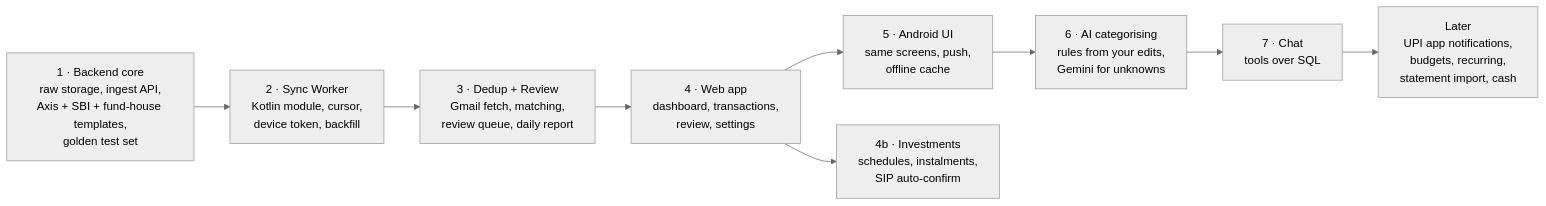
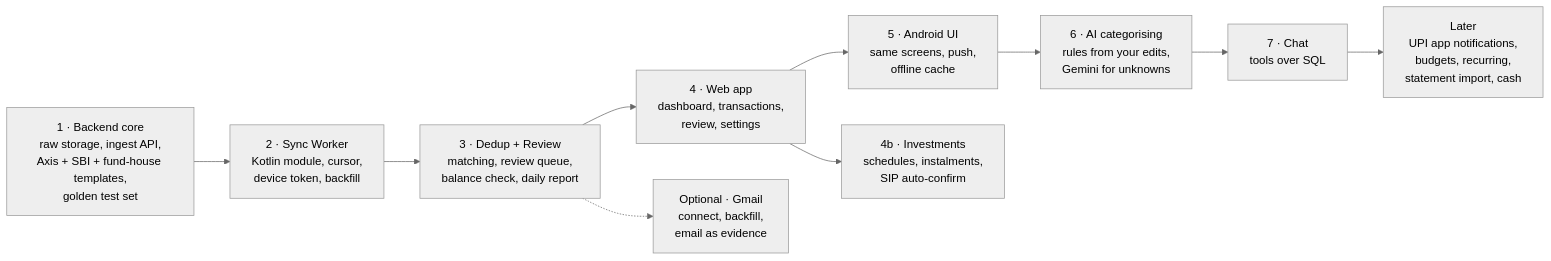
Before and after one commit to moonman369/hishaab: diagram 19 of 19 in docs/Hishaab-ai-HLD.md, drawn with Mermaid (neutral theme). The commit also changed other lines of this file and 34 other files, not shown here.

First line of the commit message:
UPDATE HLD AND DIAGRAMS FOR OPTIONAL EMAIL CONNECTIVITY

````diff
--- a/docs/Hishaab-ai-HLD.md
+++ b/docs/Hishaab-ai-HLD.md
@@ -1155,11 +1183,12 @@
 ```mermaid
 flowchart LR
     P1["1 · Backend core<br/>raw storage, ingest API,<br/>Axis + SBI + fund-house templates,<br/>golden test set"] --> P2["2 · Sync Worker<br/>Kotlin module, cursor,<br/>device token, backfill"]
-    P2 --> P3["3 · Dedup + Review<br/>Gmail fetch, matching,<br/>review queue, daily report"]
+    P2 --> P3["3 · Dedup + Review<br/>matching, review queue,<br/>balance check, daily report"]
     P3 --> P4["4 · Web app<br/>dashboard, transactions,<br/>review, settings"]
     P4 --> P5["5 · Android UI<br/>same screens, push,<br/>offline cache"]
     P4 --> PI["4b · Investments<br/>schedules, instalments,<br/>SIP auto-confirm"]
+    P3 -.-> PM["Optional · Gmail<br/>connect, backfill,<br/>email as evidence"]
     P5 --> P6["6 · AI categorising<br/>rules from your edits,<br/>Gemini for unknowns"]
     P6 --> P7["7 · Chat<br/>tools over SQL"]
     P7 --> P8["Later<br/>UPI app notifications,<br/>budgets, recurring,<br/>statement import, cash"]
 ```
````
